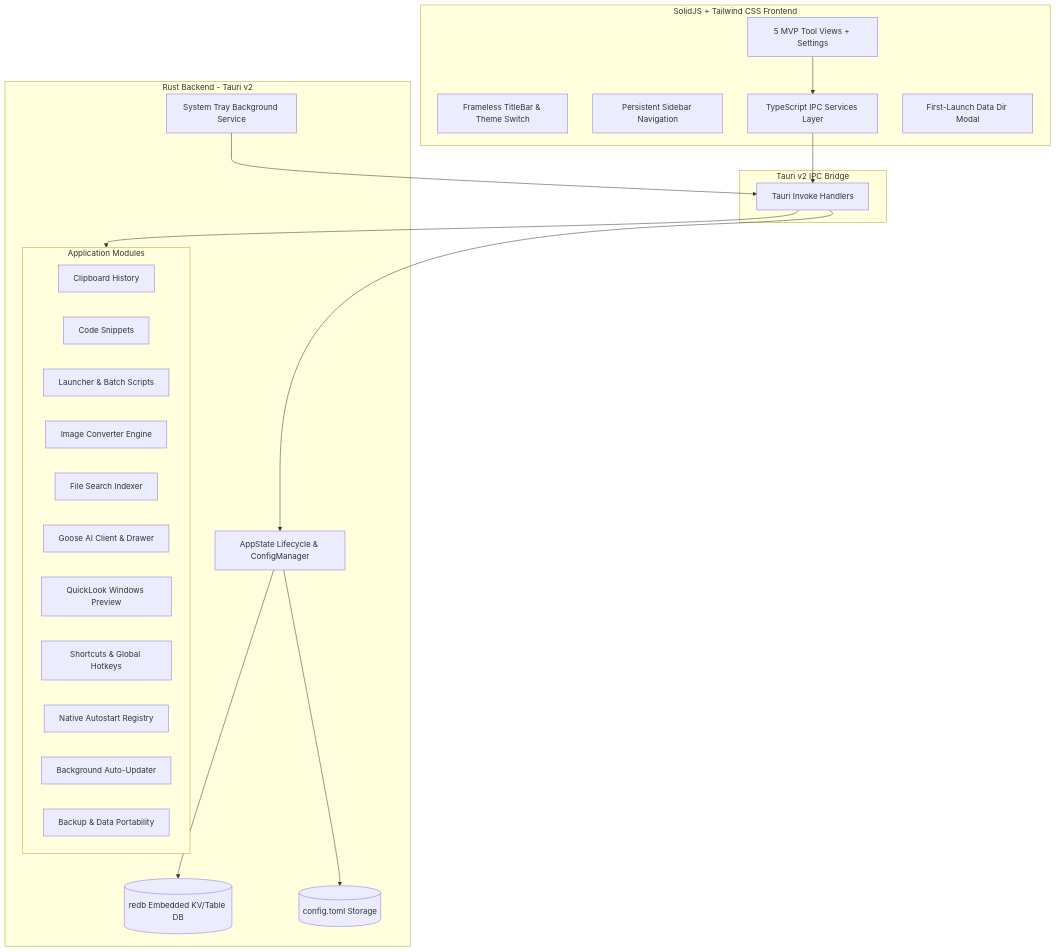
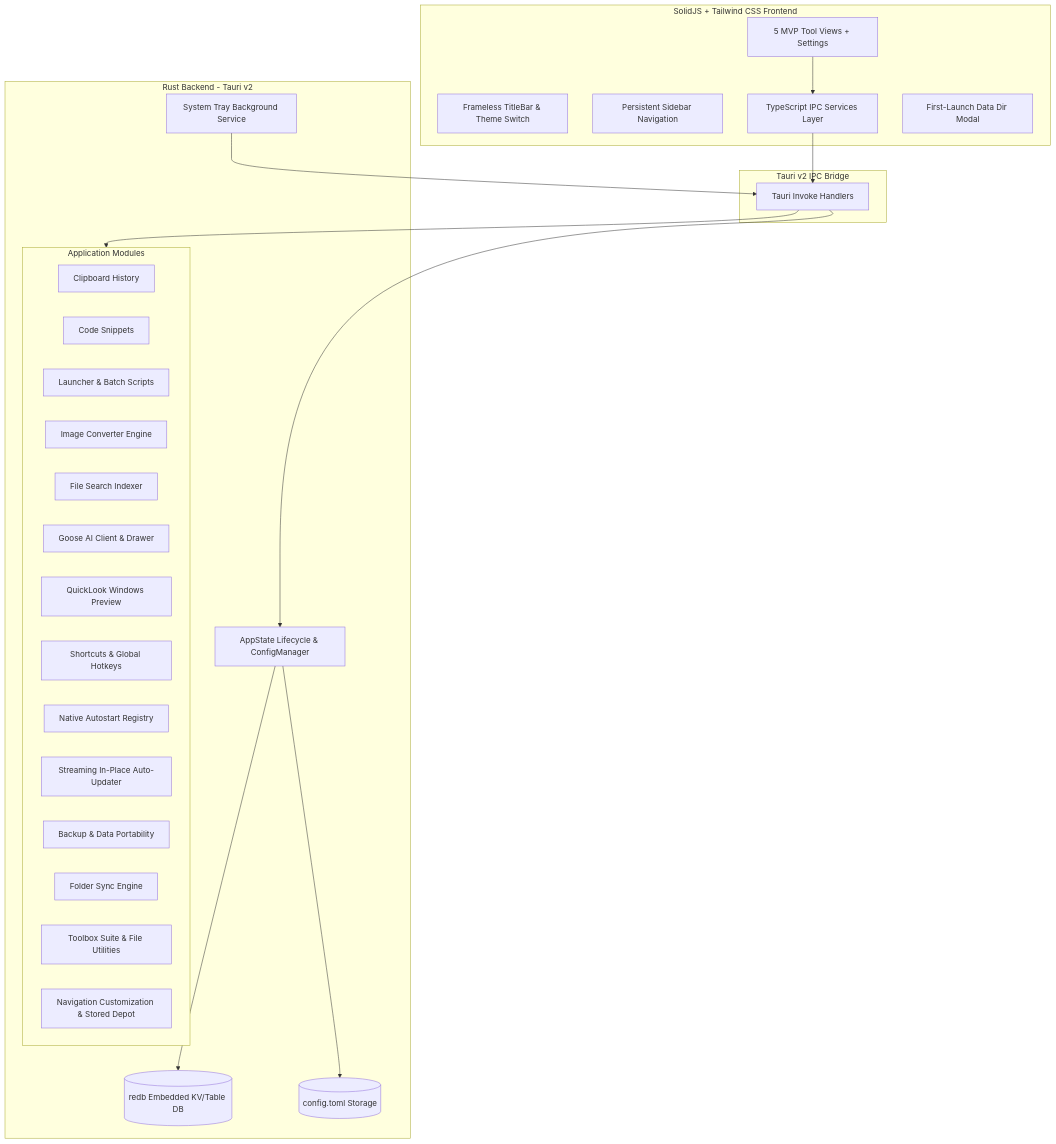
Before and after one commit to BerryUIKI/TheBerry: the diagram in docs/architecture.md, drawn with Mermaid. The commit also changed other lines of this file and 2 other files, not shown here.

Commit message:
docs: update architecture, interfaces, and readme for auto-updater and navigation customization

````diff
--- a/docs/architecture.md
+++ b/docs/architecture.md
@@ -6,43 +6,46 @@
 ```mermaid
 graph TD
     subgraph Frontend [SolidJS + Tailwind CSS Frontend]
         TitleBar[Frameless TitleBar & Theme Switch]
         Sidebar[Persistent Sidebar Navigation]
         Views[5 MVP Tool Views + Settings]
         Services[TypeScript IPC Services Layer]
         FirstLaunch[First-Launch Data Dir Modal]
     end
 
     subgraph IPC [Tauri v2 IPC Bridge]
         Commands[Tauri Invoke Handlers]
     end
 
     subgraph Backend [Rust Backend - Tauri v2]
         CoreState[AppState Lifecycle & ConfigManager]
         Tray[System Tray Background Service]
         Redb[(redb Embedded KV/Table DB)]
         TomlConfig[(config.toml Storage)]
         
         subgraph Modules [Application Modules]
             M1[Clipboard History]
             M2[Code Snippets]
             M3[Launcher & Batch Scripts]
             M4[Image Converter Engine]
             M5[File Search Indexer]
             M6[Goose AI Client & Drawer]
             M7[QuickLook Windows Preview]
             M8[Shortcuts & Global Hotkeys]
             M9[Native Autostart Registry]
-            M10[Background Auto-Updater]
+            M10[Streaming In-Place Auto-Updater]
             M11[Backup & Data Portability]
+            M12[Folder Sync Engine]
+            M13[Toolbox Suite & File Utilities]
+            M14[Navigation Customization & Stored Depot]
         end
     end
 
     Views --> Services
     Services --> Commands
     Commands --> CoreState
     CoreState --> Redb
     CoreState --> TomlConfig
     Commands --> Modules
     Tray --> Commands
 ```
````
